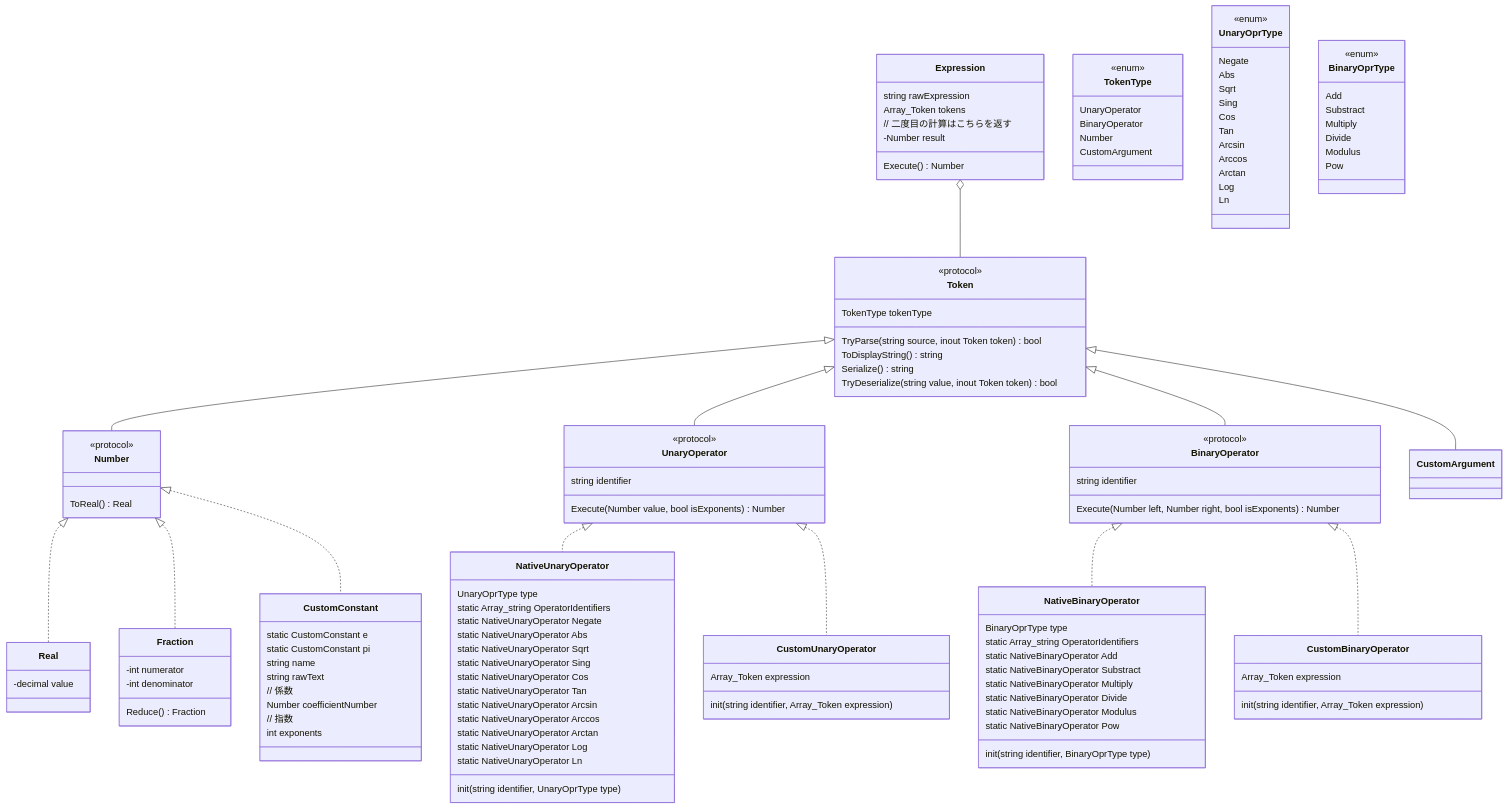
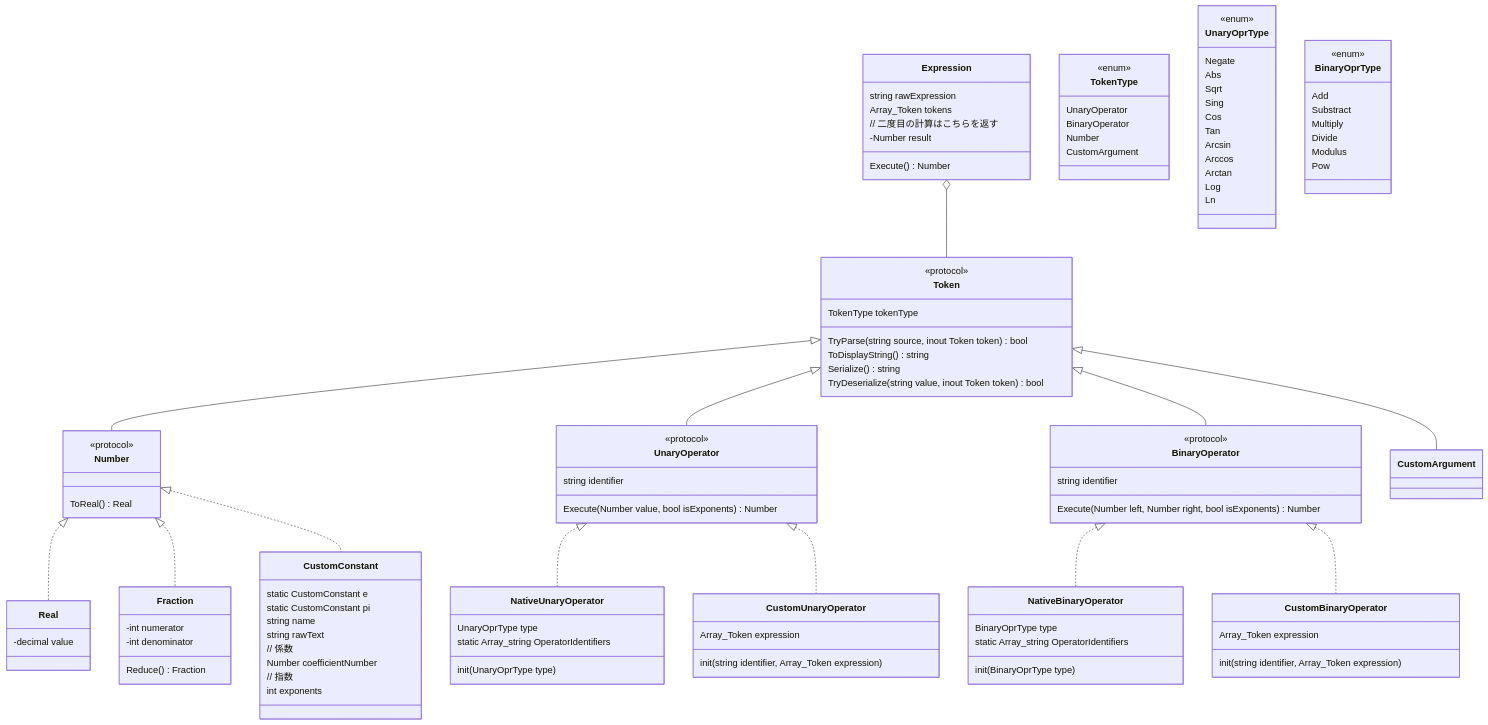
The second of 2 diagrams in graph/class.md (kc3hack/2023_C), drawn with Mermaid before and after one commit.

Commit message:
operatorを修正

```diff
--- a/graph/class.md
+++ b/graph/class.md
@@ -116,18 +116,7 @@
 class NativeUnaryOperator {
     UnaryOprType type
     static Array_string OperatorIdentifiers
-    static NativeUnaryOperator Negate
-    static NativeUnaryOperator Abs
-    static NativeUnaryOperator Sqrt
-    static NativeUnaryOperator Sing
-    static NativeUnaryOperator Cos
-    static NativeUnaryOperator Tan
-    static NativeUnaryOperator Arcsin
-    static NativeUnaryOperator Arccos
-    static NativeUnaryOperator Arctan
-    static NativeUnaryOperator Log
-    static NativeUnaryOperator Ln
-    init(string identifier, UnaryOprType type)
+    init(UnaryOprType type)
 }
 class CustomUnaryOperator {
     Array_Token expression
@@ -136,13 +125,7 @@
 class NativeBinaryOperator {
     BinaryOprType type
     static Array_string OperatorIdentifiers
-    static NativeBinaryOperator Add
-    static NativeBinaryOperator Substract
-    static NativeBinaryOperator Multiply
-    static NativeBinaryOperator Divide
-    static NativeBinaryOperator Modulus
-    static NativeBinaryOperator Pow
-    init(string identifier, BinaryOprType type)
+    init(BinaryOprType type)
 }
 class CustomBinaryOperator {
     Array_Token expression
```
